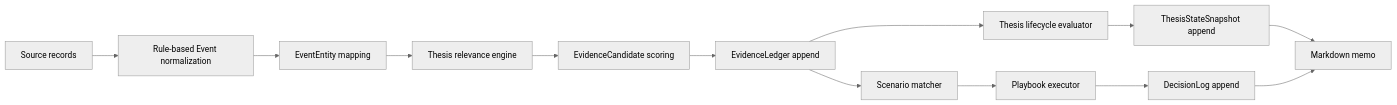
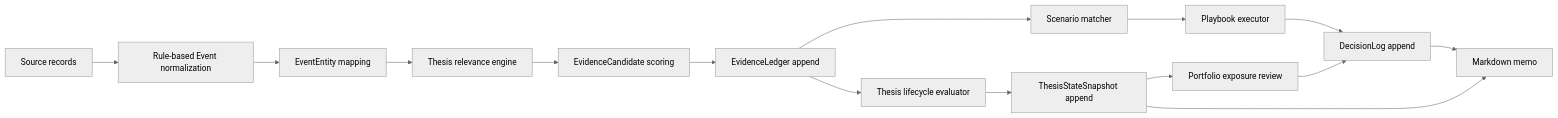
The diagram in docs/architecture.md (Hyuneey/project_stock), drawn with Mermaid (neutral theme) before and after one commit. The commit also changed other lines of this file and 12 other files, not shown here.

Commit message:
Add portfolio review layer

````diff
--- a/docs/architecture.md
+++ b/docs/architecture.md
@@ -10,15 +10,17 @@
 ```mermaid
 flowchart LR
   A["Source records"] --> B["Rule-based Event normalization"]
   B --> C["EventEntity mapping"]
   C --> D["Thesis relevance engine"]
   D --> E["EvidenceCandidate scoring"]
   E --> F["EvidenceLedger append"]
   F --> G["Scenario matcher"]
   F --> H["Thesis lifecycle evaluator"]
+  J --> M["Portfolio exposure review"]
   G --> I["Playbook executor"]
   H --> J["ThesisStateSnapshot append"]
   I --> K["DecisionLog append"]
+  M --> K
   J --> L["Markdown memo"]
   K --> L
 ```
````
